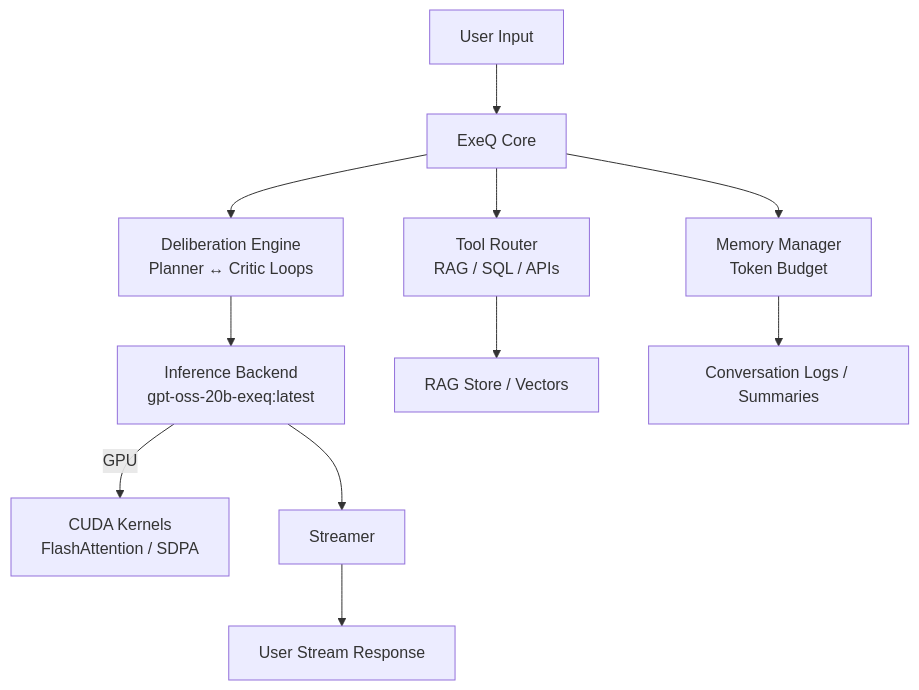
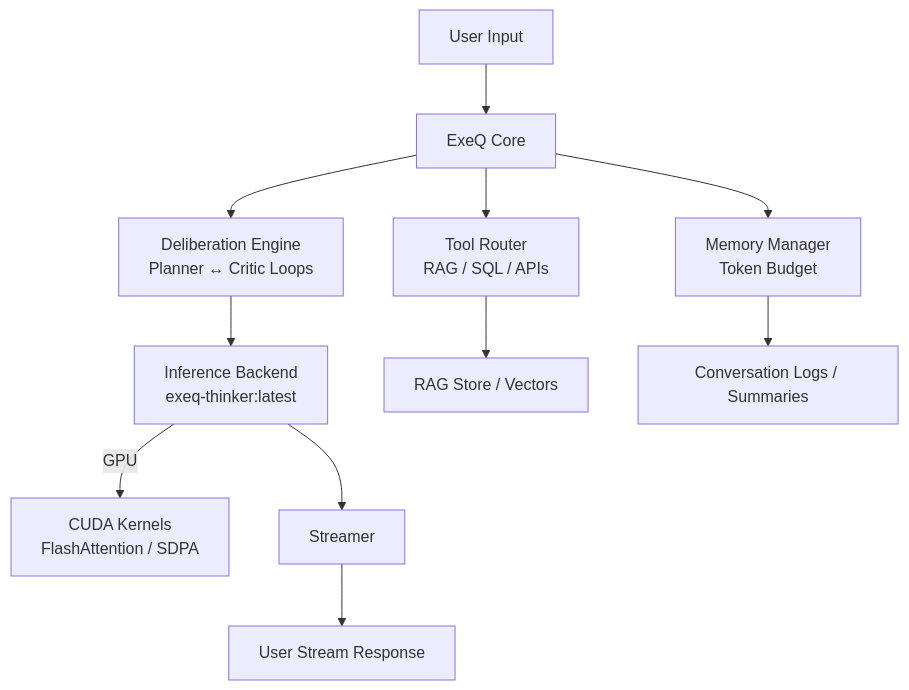
One commit to BRIQ-Consultancy/ExeQ-Thinker changed the first of 2 diagrams in README.md. Above: the diagram before and after it, drawn with Mermaid. The commit also changed other lines of this file, not shown here.

````diff
--- a/README.md
+++ b/README.md
@@ -52,13 +52,13 @@
 ```mermaid
 flowchart TD
     A[User Input] --> B[ExeQ Core]
     B --> C[Deliberation Engine<br/>Planner ↔ Critic Loops]
     B --> D[Tool Router<br/>RAG / SQL / APIs]
     B --> E[Memory Manager<br/>Token Budget]
-    C --> F[Inference Backend<br/>gpt-oss-20b-exeq:latest]
+    C --> F[Inference Backend<br/>exeq-thinker:latest]
     F --> |GPU| G[CUDA Kernels<br/>FlashAttention / SDPA]
     D --> H[RAG Store / Vectors]
     E --> I[Conversation Logs / Summaries]
     F --> J[Streamer]
     J --> K[User Stream Response]
 ```
````
